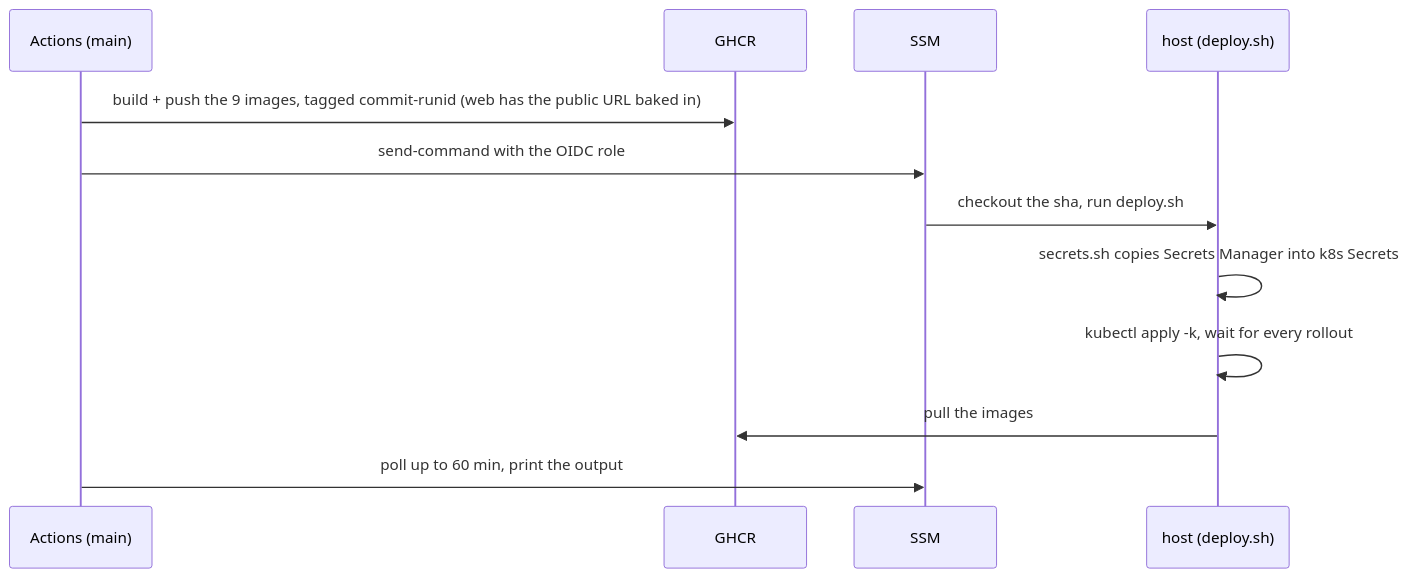
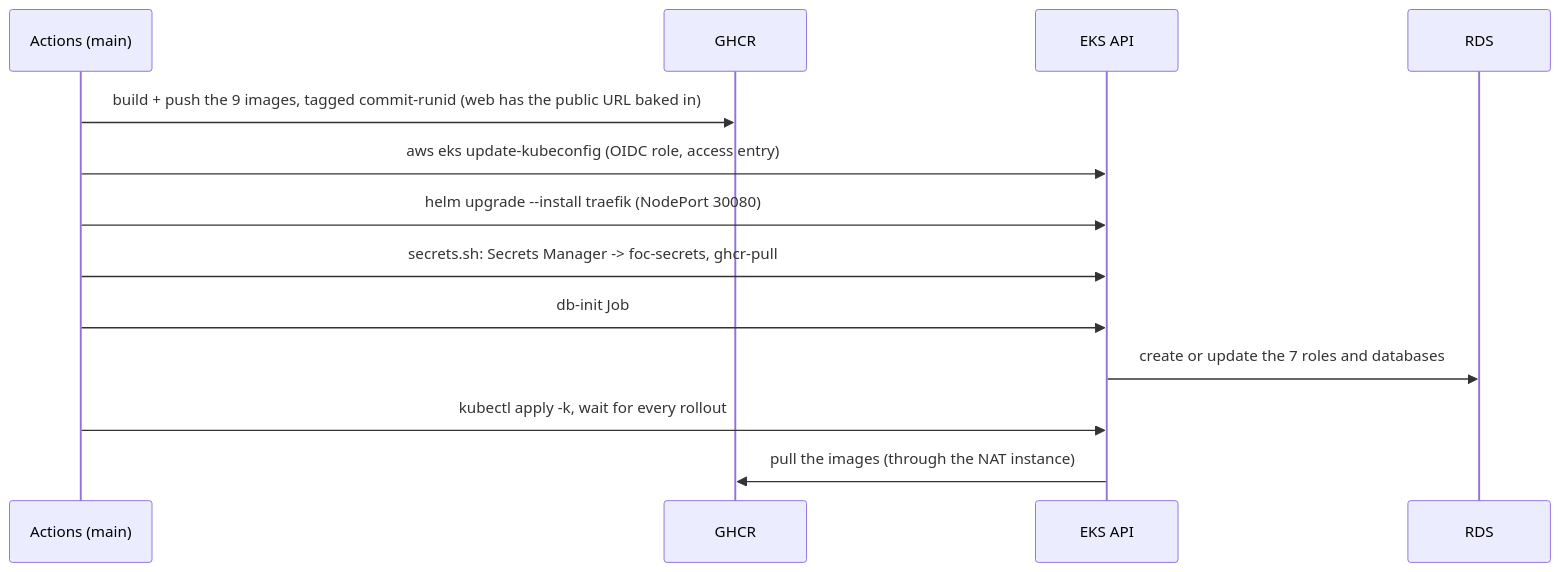
Before and after one commit to AY2627S1-CS3219-P23/foc: the second of 2 diagrams in infra/README.md, drawn with Mermaid. The commit also changed other lines of this file and 36 other files, not shown here.

First line of the commit message:
feat(infra): re-platform the cloud deployment to EKS and RDS (#48)

````diff
--- a/infra/README.md
+++ b/infra/README.md
@@ -124,14 +130,15 @@
 ```mermaid
 sequenceDiagram
   participant A as Actions (main)
   participant G as GHCR
-  participant S as SSM
-  participant H as host (deploy.sh)
+  participant K as EKS API
+  participant R as RDS
   A->>G: build + push the 9 images, tagged commit-runid (web has the public URL baked in)
-  A->>S: send-command with the OIDC role
-  S->>H: checkout the sha, run deploy.sh
-  H->>H: secrets.sh copies Secrets Manager into k8s Secrets
-  H->>H: kubectl apply -k, wait for every rollout
-  H->>G: pull the images
-  A->>S: poll up to 60 min, print the output
+  A->>K: aws eks update-kubeconfig (OIDC role, access entry)
+  A->>K: helm upgrade --install traefik (NodePort 30080)
+  A->>K: secrets.sh: Secrets Manager -> foc-secrets, ghcr-pull
+  A->>K: db-init Job
+  K->>R: create or update the 7 roles and databases
+  A->>K: kubectl apply -k, wait for every rollout
+  K->>G: pull the images (through the NAT instance)
 ```
````
